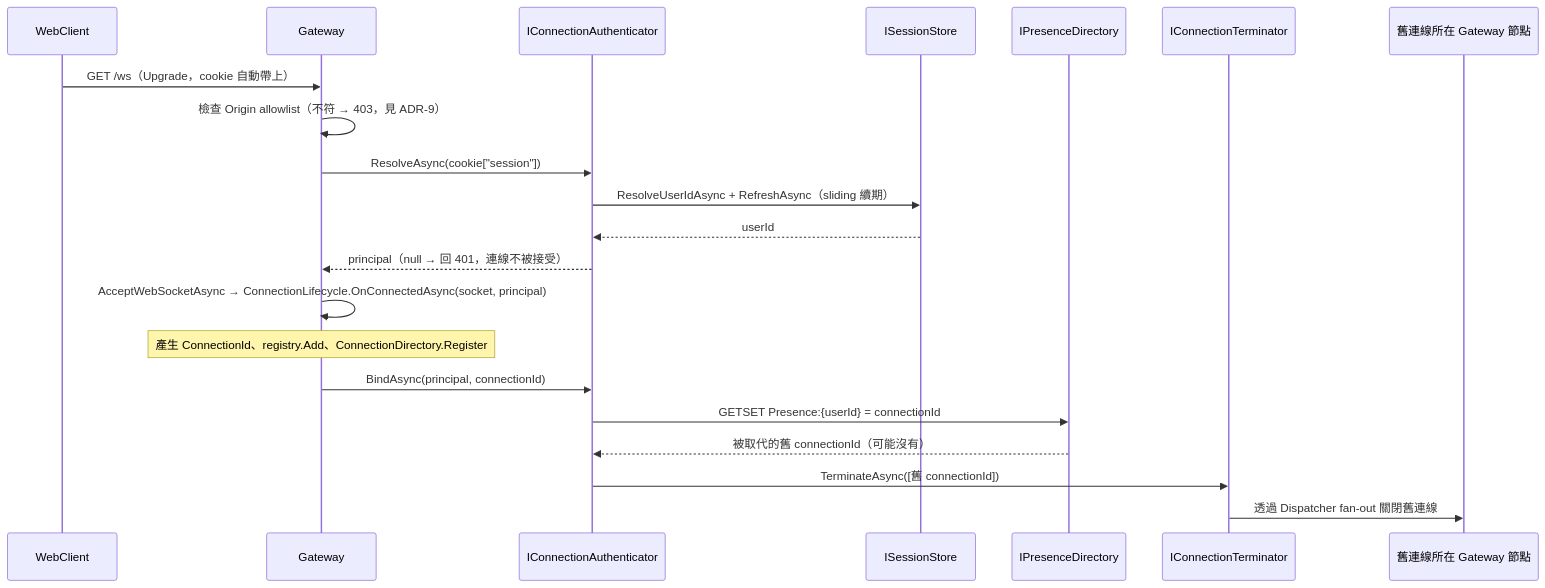
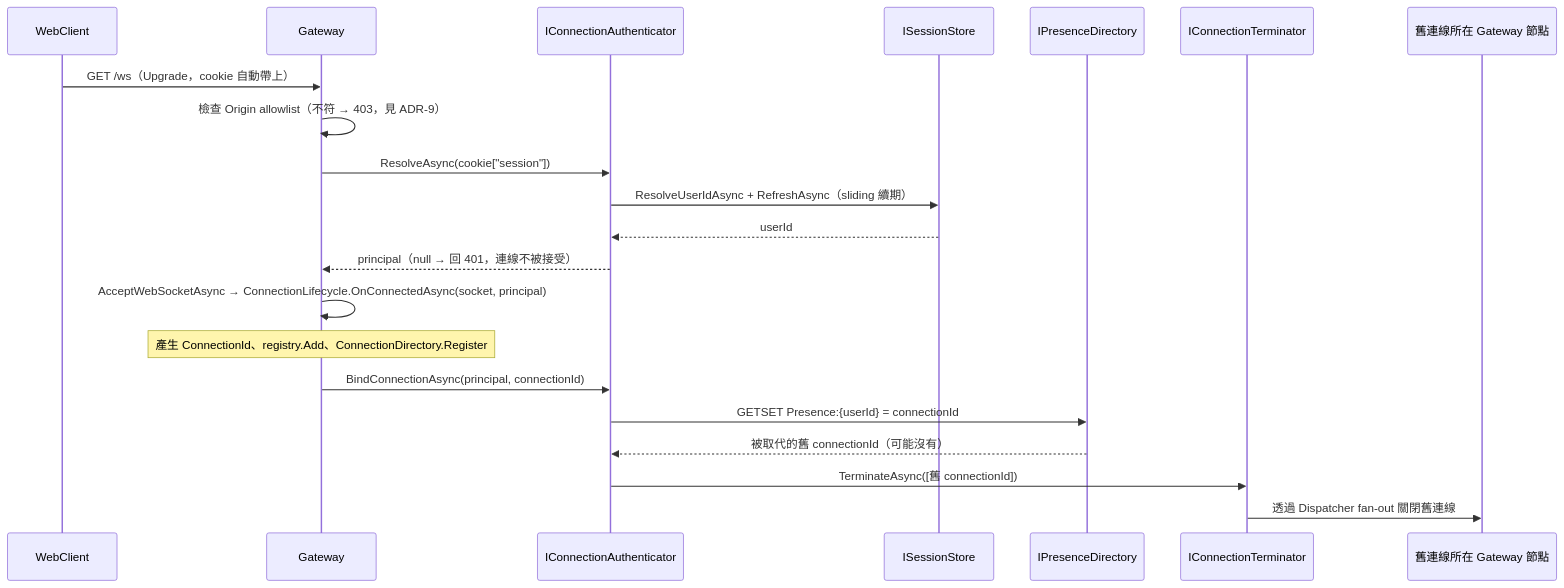
The third of 5 diagrams in docs/architecture/identity-layer.md (yggdrasill-dev/ChatSystem), drawn with Mermaid before and after one commit. The commit also changed other lines of this file and 36 other files, not shown here.

````diff
--- a/docs/architecture/identity-layer.md
+++ b/docs/architecture/identity-layer.md
@@ -139,24 +139,24 @@
 ```mermaid
 sequenceDiagram
     participant WC as WebClient
     participant GW as Gateway
     participant CA as IConnectionAuthenticator
     participant SS as ISessionStore
     participant PD as IPresenceDirectory
     participant CT as IConnectionTerminator
     participant OldGW as 舊連線所在 Gateway 節點
 
     WC->>GW: GET /ws（Upgrade，cookie 自動帶上）
     GW->>GW: 檢查 Origin allowlist（不符 → 403，見 ADR-9）
     GW->>CA: ResolveAsync(cookie["session"])
     CA->>SS: ResolveUserIdAsync + RefreshAsync（sliding 續期）
     SS-->>CA: userId
     CA-->>GW: principal（null → 回 401，連線不被接受）
     GW->>GW: AcceptWebSocketAsync → ConnectionLifecycle.OnConnectedAsync(socket, principal)
     Note over GW: 產生 ConnectionId、registry.Add、ConnectionDirectory.Register
-    GW->>CA: BindAsync(principal, connectionId)
+    GW->>CA: BindConnectionAsync(principal, connectionId)
     CA->>PD: GETSET Presence:{userId} = connectionId
     PD-->>CA: 被取代的舊 connectionId（可能沒有）
     CA->>CT: TerminateAsync([舊 connectionId])
     CT->>OldGW: 透過 Dispatcher fan-out 關閉舊連線
 ```
````
